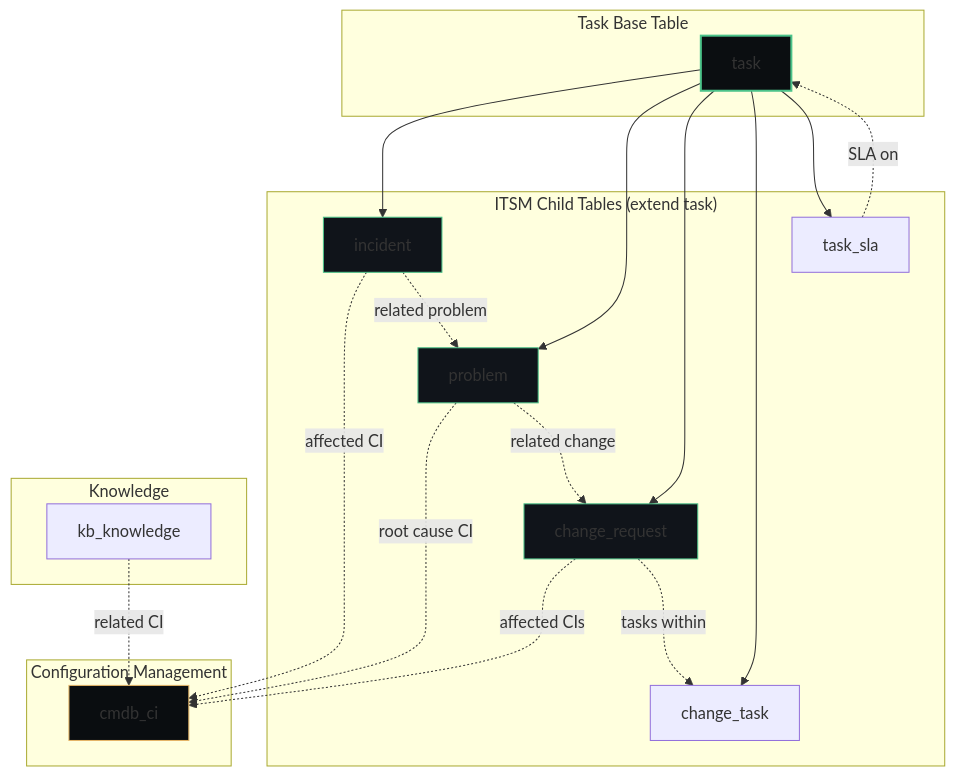
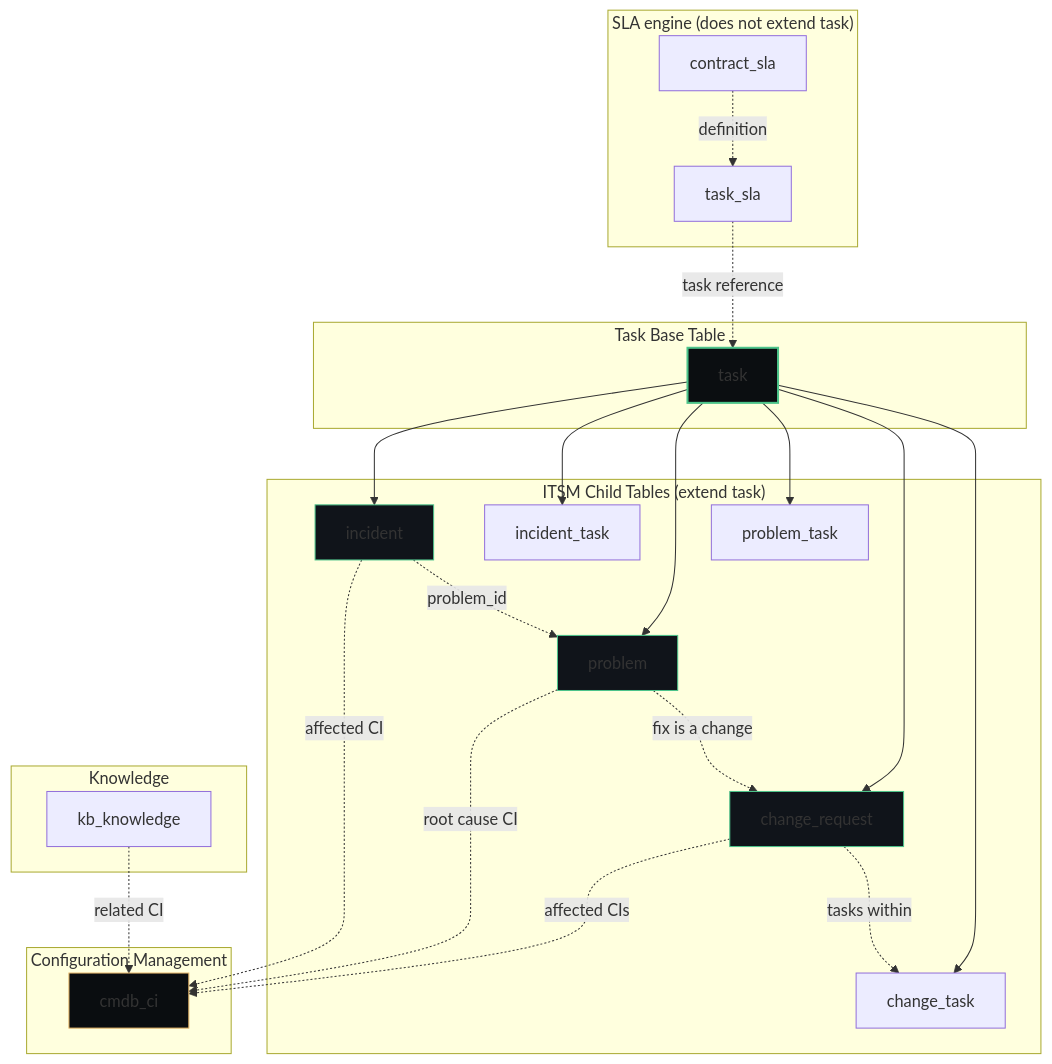
Before and after one commit to eltonaguiar/ServiceNow_Learning_TSOM-_CSM_FSM_SalesCRM_HAM_ITSM: the fifth of 8 diagrams in docs/modules/itsm/itsm-guide.md, drawn with Mermaid. The commit also changed other lines of this file and 1 other file, not shown here.

First line of the commit message:
docs(itsm): correct SLA tables and incident/problem boundaries

````diff
--- a/docs/modules/itsm/itsm-guide.md
+++ b/docs/modules/itsm/itsm-guide.md
@@ -612,43 +637,50 @@
 ```mermaid
 graph TD
     subgraph "Task Base Table"
         task[task]
     end
     
     subgraph "ITSM Child Tables (extend task)"
         incident[incident]
+        incident_task[incident_task]
         problem[problem]
+        problem_task[problem_task]
         change_request[change_request]
         change_task[change_task]
+    end
+    subgraph "SLA engine (does not extend task)"
+        contract_sla[contract_sla]
         task_sla[task_sla]
     end
     
     subgraph "Configuration Management"
         cmdb_ci[cmdb_ci]
     end
     
     subgraph "Knowledge"
         kb_knowledge[kb_knowledge]
     end
 
     task --> incident
+    task --> incident_task
     task --> problem
+    task --> problem_task
     task --> change_request
     task --> change_task
-    task --> task_sla
-    
+
     incident -.->|affected CI| cmdb_ci
     problem -.->|root cause CI| cmdb_ci
     change_request -.->|affected CIs| cmdb_ci
-    incident -.->|related problem| problem
-    problem -.->|related change| change_request
+    incident -.->|problem_id| problem
+    problem -.->|fix is a change| change_request
     change_request -.->|tasks within| change_task
-    task_sla -.->|SLA on| task
+    task_sla -.->|task reference| task
+    contract_sla -.->|definition| task_sla
     kb_knowledge -.->|related CI| cmdb_ci
 
     style task fill:#0b0e11,stroke:#4cc38a,stroke-width:2px
     style incident fill:#10141a,stroke:#4cc38a
     style problem fill:#10141a,stroke:#4cc38a
     style change_request fill:#10141a,stroke:#4cc38a
     style cmdb_ci fill:#0a0d10,stroke:#e5b567
 ```
````
